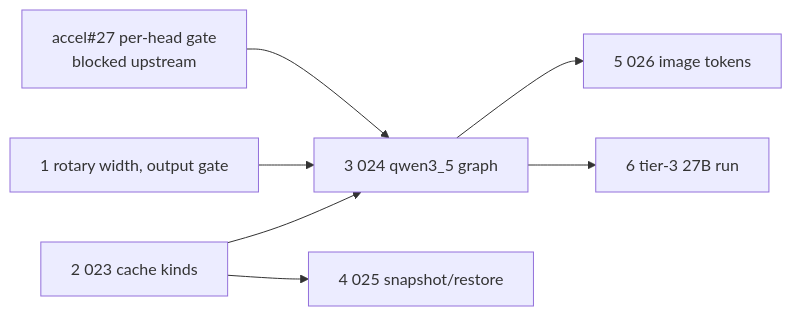
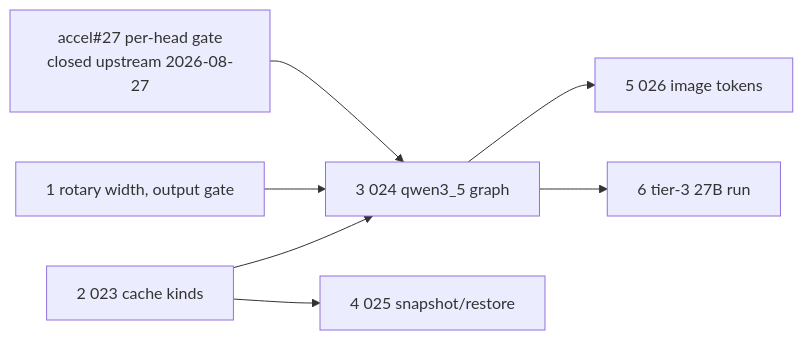
The third of 3 diagrams in specs/README.md (latere-ai/tgo), drawn with Mermaid before and after one commit. The commit also changed other lines of this file and 9 other files, not shown here.

````diff
--- a/specs/README.md
+++ b/specs/README.md
@@ -299,9 +300,9 @@
 ```mermaid
 flowchart LR
-  G["accel#27 per-head gate<br/>blocked upstream"] --> A["3 024 qwen3_5 graph"]
+  G["accel#27 per-head gate<br/>closed upstream 2026-08-27"] --> A["3 024 qwen3_5 graph"]
   R["1 rotary width, output gate"] --> A
   K["2 023 cache kinds"] --> A
   K --> N["4 025 snapshot/restore"]
   A --> I["5 026 image tokens"]
   A --> T["6 tier-3 27B run"]
 ```
````
